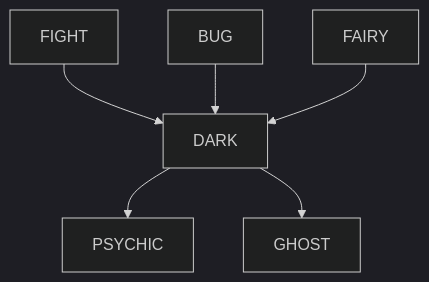
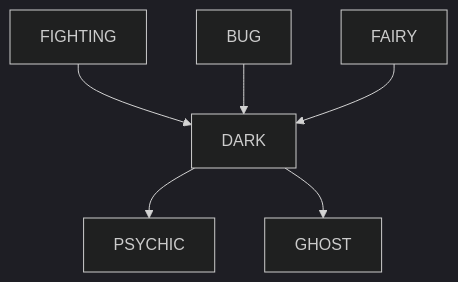
One commit to cliffano/typhlosion changed the second of 18 diagrams in pokemon-type-chart/per-type.md. Above: the diagram before and after it, drawn with Mermaid (dark theme). The commit also changed other lines of this file and 1 other file, not shown here.

Commit message:
Fix Fighting Pokemon type name.

````diff
--- a/pokemon-type-chart/per-type.md
+++ b/pokemon-type-chart/per-type.md
@@ -16,8 +16,8 @@
 ```mermaid
   graph TD;
-      FIGHT-->DARK;
+      FIGHTING-->DARK;
       BUG-->DARK;
       FAIRY-->DARK;
       DARK-->PSYCHIC;
       DARK-->GHOST;
 ```
````
